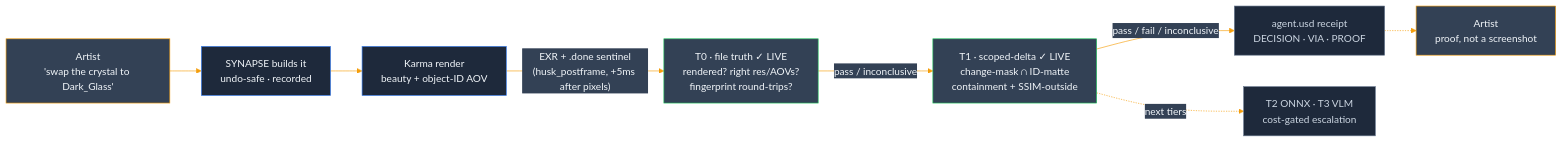
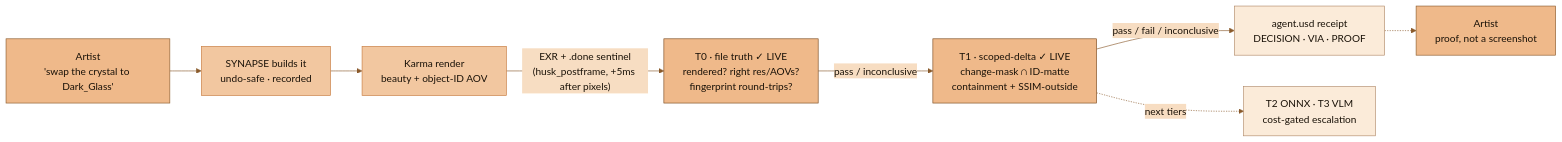
The second of 7 diagrams in README.md (JosephOIbrahim/Synapse), drawn with Mermaid before and after one commit. The commit also changed other lines of this file, not shown here.

First line of the commit message:
docs(readme): ADHD-friendly pass + warm mermaid re-theme

````diff
--- a/README.md
+++ b/README.md
@@ -92,15 +98,15 @@
 ```mermaid
-%%{init: {'theme':'base', 'themeVariables': {'primaryColor':'#1e293b','primaryTextColor':'#f1f5f9','primaryBorderColor':'#0f172a','lineColor':'#f59e0b','secondaryColor':'#334155','tertiaryColor':'#475569'}}}%%
+%%{init: {'theme':'base', 'themeVariables': {'primaryColor':'#F2C7A0','primaryTextColor':'#1A1208','primaryBorderColor':'#C77B3F','lineColor':'#8A5A2B','secondaryColor':'#F7DDC2','tertiaryColor':'#FBEBD9','edgeLabelBackground':'#F7DDC2','clusterBkg':'#FBEBD9','clusterBorder':'#C77B3F'}}}%%
 flowchart LR
     ASK["Artist<br/>'swap the crystal to Dark_Glass'"]:::artist --> BUILD["SYNAPSE builds it<br/>undo-safe · recorded"]:::panel
     BUILD --> RENDER["Karma render<br/>beauty + object-ID AOV"]:::panel
     RENDER -->|"EXR + .done sentinel<br/>(husk_postframe, +5ms after pixels)"| T0["T0 · file truth ✓ LIVE<br/>rendered? right res/AOVs?<br/>fingerprint round-trips?"]:::hou
     T0 -->|"pass / inconclusive"| T1["T1 · scoped-delta ✓ LIVE<br/>change-mask ∩ ID-matte<br/>containment + SSIM-outside"]:::hou
     T1 -->|"pass / fail / inconclusive"| REC["agent.usd receipt<br/>DECISION · VIA · PROOF"]:::side
     T1 -.next tiers.-> LADDER["T2 ONNX · T3 VLM<br/>cost-gated escalation"]:::side
     REC -.-> ART2["Artist<br/>proof, not a screenshot"]:::artist
-    classDef artist fill:#334155,stroke:#f59e0b,color:#f1f5f9
-    classDef panel fill:#1e293b,stroke:#3b82f6,color:#f1f5f9
-    classDef hou fill:#334155,stroke:#22c55e,color:#f1f5f9
-    classDef side fill:#1e293b,stroke:#64748b,color:#cbd5e1
+    classDef artist fill:#EFB98A,stroke:#8A5A2B,color:#1A1208
+    classDef panel fill:#F2C7A0,stroke:#C77B3F,color:#1A1208
+    classDef hou fill:#EFB98A,stroke:#7A4A1F,color:#1A1208
+    classDef side fill:#FBEBD9,stroke:#B08968,color:#1A1208
 ```
````
